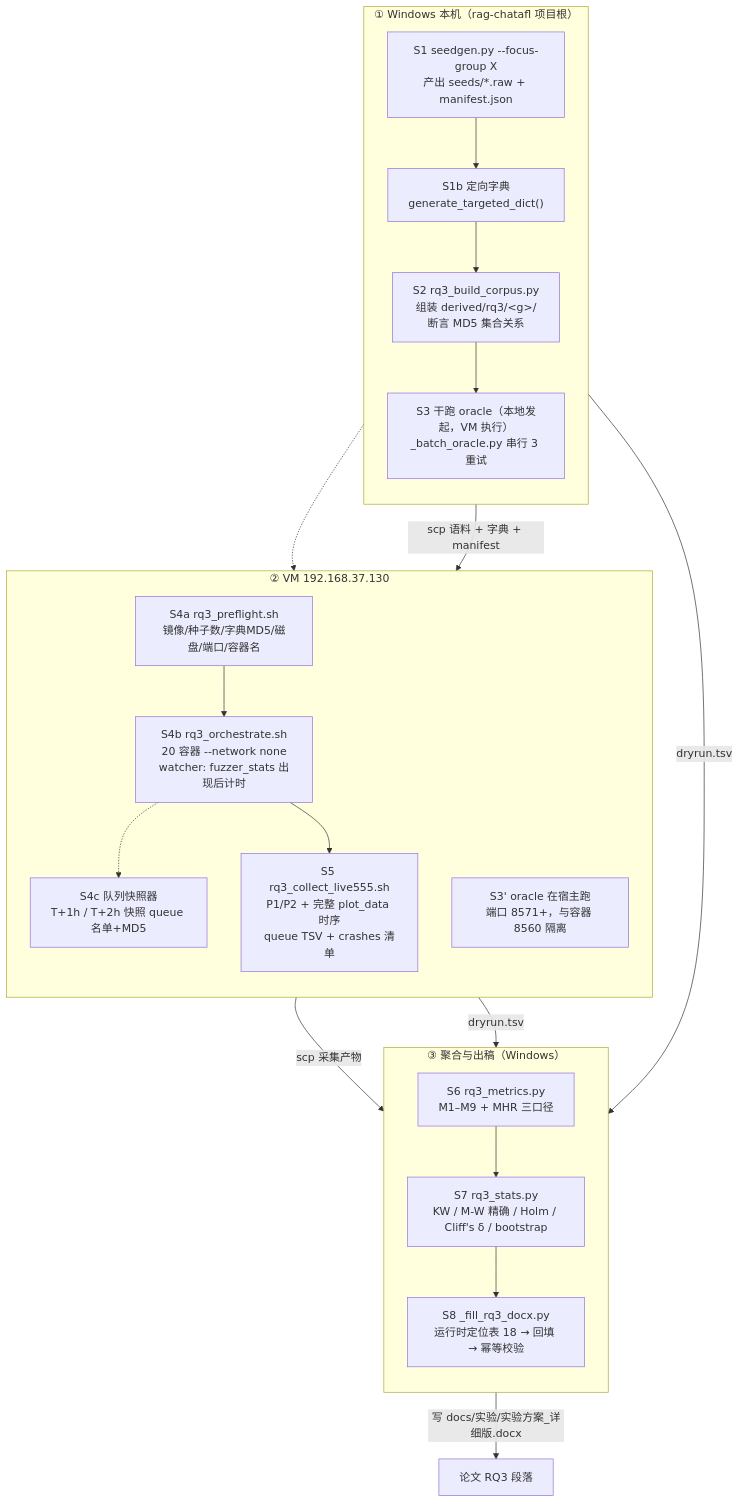
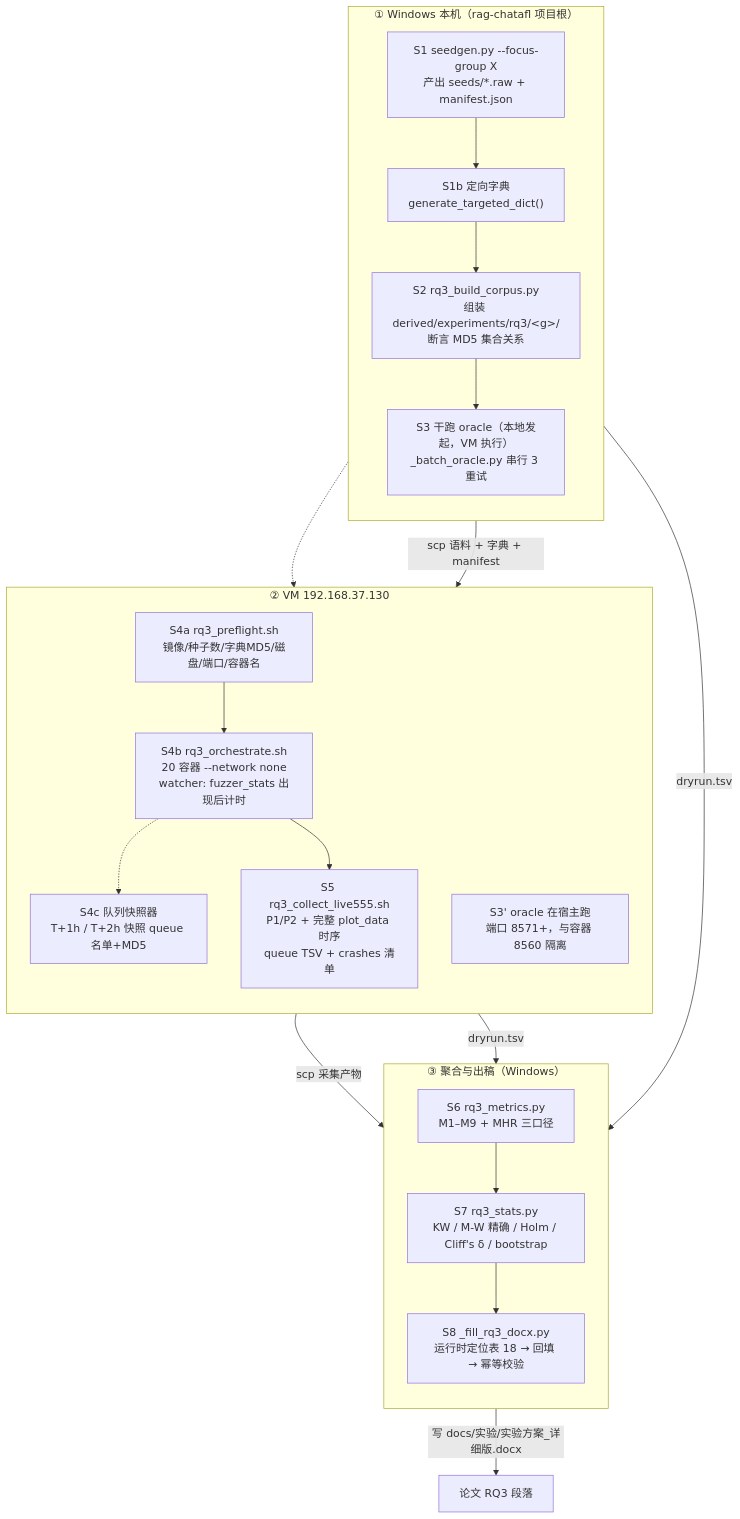
One commit to sssxzl/ProtoKG changed the first of 2 diagrams in docs/实验/RQ3_技术方案.md. Above: the diagram before and after it, drawn with Mermaid. The commit also changed other lines of this file and 131 other files, not shown here.

First line of the commit message:
refactor(derived): 分「模型产物」与「论文实验产物」两层（derived/model + derived/experiments）

````diff
--- a/docs/实验/RQ3_技术方案.md
+++ b/docs/实验/RQ3_技术方案.md
@@ -56,41 +56,41 @@
 ```mermaid
 flowchart TB
     subgraph WIN["① Windows 本机（rag-chatafl 项目根）"]
         direction TB
         S1["S1 seedgen.py --focus-group X<br/>产出 seeds/*.raw + manifest.json"]
         S1b["S1b 定向字典<br/>generate_targeted_dict()"]
         S1 --> S1b
-        S2["S2 rq3_build_corpus.py<br/>组装 derived/rq3/&lt;g&gt;/<br/>断言 MD5 集合关系"]
+        S2["S2 rq3_build_corpus.py<br/>组装 derived/experiments/rq3/&lt;g&gt;/<br/>断言 MD5 集合关系"]
         S1b --> S2
         S3["S3 干跑 oracle（本地发起，VM 执行）<br/>_batch_oracle.py 串行 3 重试"]
         S2 --> S3
     end
 
     subgraph VM["② VM 192.168.37.130"]
         direction TB
         PF["S4a rq3_preflight.sh<br/>镜像/种子数/字典MD5/磁盘/端口/容器名"]
         OR["S4b rq3_orchestrate.sh<br/>20 容器 --network none<br/>watcher: fuzzer_stats 出现后计时"]
         PF --> OR
         SN["S4c 队列快照器<br/>T+1h / T+2h 快照 queue 名单+MD5"]
         OR -.-> SN
         CL["S5 rq3_collect_live555.sh<br/>P1/P2 + 完整 plot_data 时序<br/>queue TSV + crashes 清单"]
         OR --> CL
         ORC["S3' oracle 在宿主跑<br/>端口 8571+，与容器 8560 隔离"]
         S3 -.-> ORC
     end
 
     S2 -->|"scp 语料 + 字典 + manifest"| PF
     S3 -->|"dryrun.tsv"| AGG
 
     subgraph AGG["③ 聚合与出稿（Windows）"]
         direction TB
         M["S6 rq3_metrics.py<br/>M1–M9 + MHR 三口径"]
         ST["S7 rq3_stats.py<br/>KW / M-W 精确 / Holm / Cliff's δ / bootstrap"]
         DOC["S8 _fill_rq3_docx.py<br/>运行时定位表 18 → 回填 → 幂等校验"]
         M --> ST --> DOC
     end
 
     CL -->|"scp 采集产物"| M
     ORC -->|"dryrun.tsv"| M
     DOC -->|"写 docs/实验/实验方案_详细版.docx"| PAPER["论文 RQ3 段落"]
 ```
````
